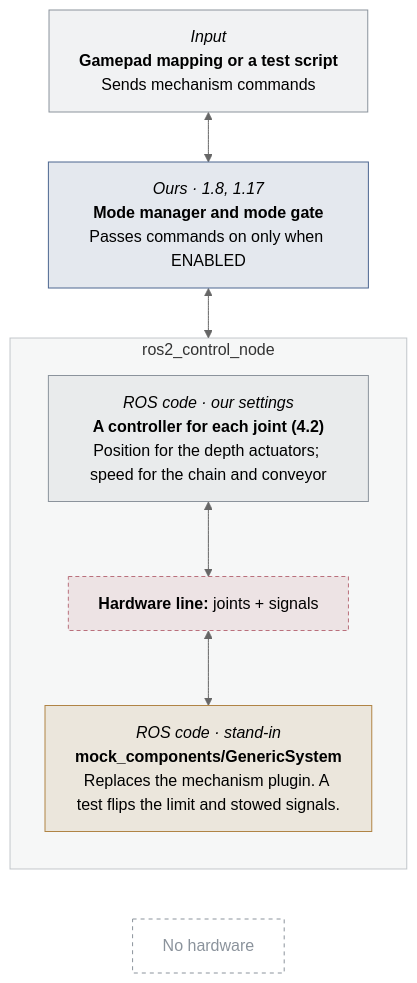
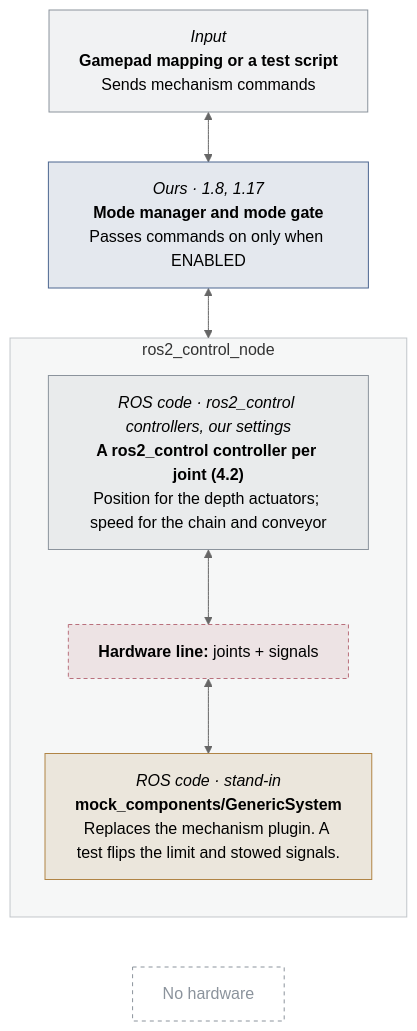
The sixth of 30 diagrams in docs/design/hardware-test-modes.md (STAR-Robotics-Team/starrt-luna-software), drawn with Mermaid (neutral theme) before and after one commit. The commit also changed other lines of this file and 4 other files, not shown here.

First line of the commit message:
Say which controller, and tell stubs from fake motor controllers apart

````diff
--- a/docs/design/hardware-test-modes.md
+++ b/docs/design/hardware-test-modes.md
@@ -352,42 +359,42 @@
 ```mermaid
 ---
 config:
   flowchart:
     wrappingWidth: 260
 ---
 flowchart TB
   b1["`*Input*
 **Gamepad mapping or a test script**
 Sends mechanism commands`"]
   b2["`*Ours · 1.8, 1.17*
 **Mode manager and mode gate**
 Passes commands on only when ENABLED`"]
   subgraph grp4["ros2_control_node"]
     direction TB
-    b3["`*ROS code · our settings*
-**A controller for each joint (4.2)**
+    b3["`*ROS code · ros2_control controllers, our settings*
+**A ros2_control controller per joint (4.2)**
 Position for the depth actuators; speed for the chain and conveyor`"]
     line5["`**Hardware line:** joints + signals`"]
     b6["`*ROS code · stand-in*
 **mock_components/GenericSystem**
 Replaces the mechanism plugin. A test flips the limit and stowed signals.`"]
     b3 <--> line5
     line5 <--> b6
   end
   none7["No hardware"]
   b1 <--> b2
   b2 <--> grp4
   grp4 ~~~ none7
   classDef ours fill:#4c669026,stroke:#4c6690
   classDef ros fill:#8b939c1f,stroke:#8b939c
   classDef stand fill:#b0844526,stroke:#b08445
   classDef hw fill:#4a725926,stroke:#4a7259
   classDef hwline fill:#b9707c26,stroke:#b9707c,stroke-dasharray:4 3
   classDef ghost fill:none,stroke:#8b939c,stroke-dasharray:4 4,color:#8b939c
   class b1,b3 ros
   class b2 ours
   class line5 hwline
   class b6 stand
   class none7 ghost
   style grp4 fill:#8b939c14,stroke:#8b939c80
 ```
````
